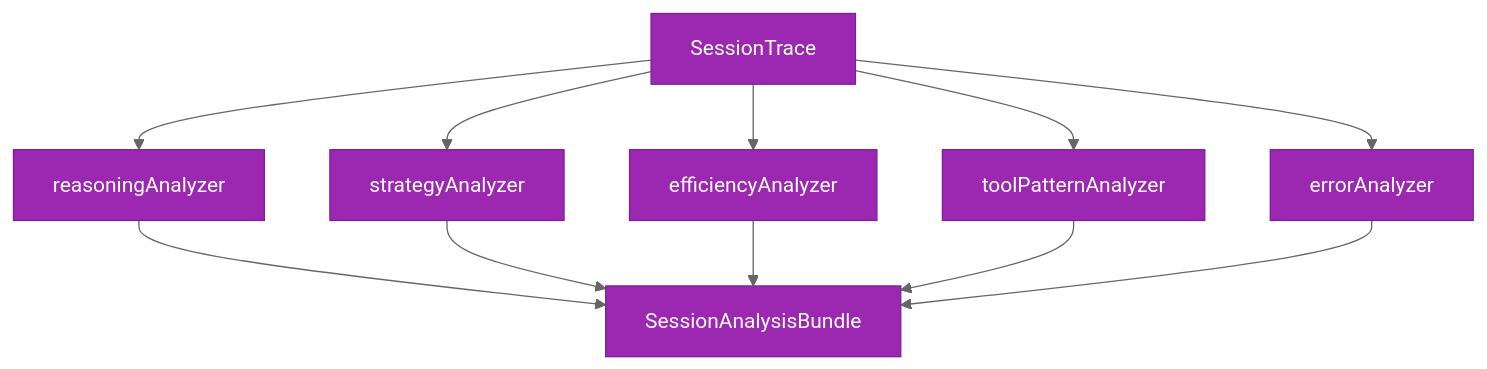
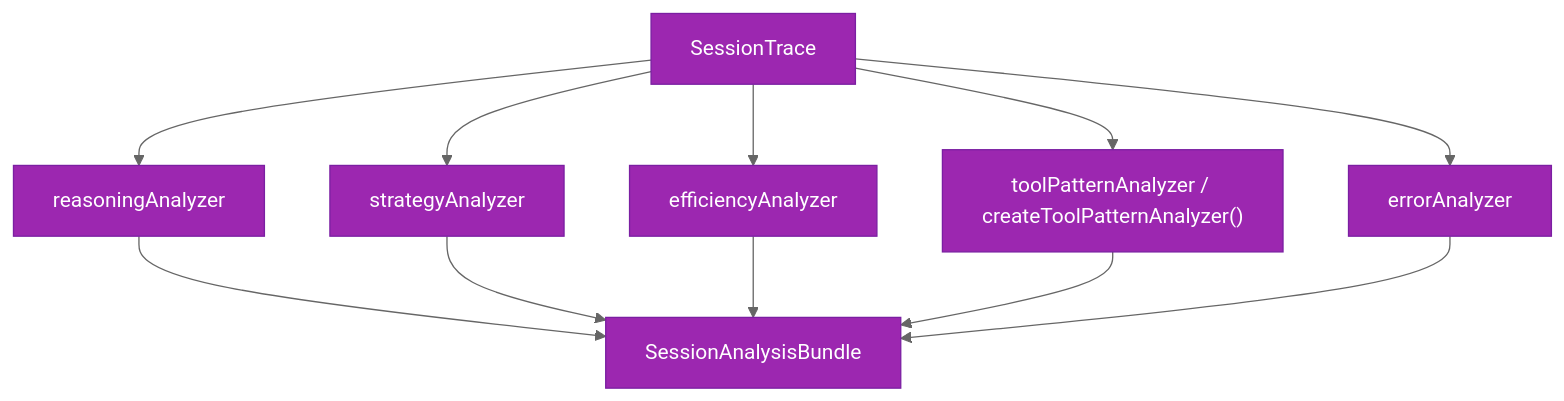
The diagram in packages/agent-profiler/docs/architecture/built-in-analyzers.md (aryeko/ghx), drawn with Mermaid before and after one commit. The commit also changed other lines of this file and 32 other files, not shown here.

````diff
--- a/packages/agent-profiler/docs/architecture/built-in-analyzers.md
+++ b/packages/agent-profiler/docs/architecture/built-in-analyzers.md
@@ -19,14 +20,14 @@
 ```mermaid
 %%{init: {'theme': 'base', 'themeVariables': {'primaryColor': '#9C27B0', 'primaryTextColor': '#fff', 'primaryBorderColor': '#7B1FA2', 'lineColor': '#666', 'secondaryColor': '#CE93D8', 'tertiaryColor': '#E1BEE7'}}}%%
 flowchart TD
     Trace["SessionTrace"] --> R["reasoningAnalyzer"]
     Trace --> S["strategyAnalyzer"]
     Trace --> E["efficiencyAnalyzer"]
-    Trace --> T["toolPatternAnalyzer"]
+    Trace --> T["toolPatternAnalyzer / createToolPatternAnalyzer()"]
     Trace --> Er["errorAnalyzer"]
     R --> Bundle["SessionAnalysisBundle"]
     S --> Bundle
     E --> Bundle
     T --> Bundle
     Er --> Bundle
 ```
````
